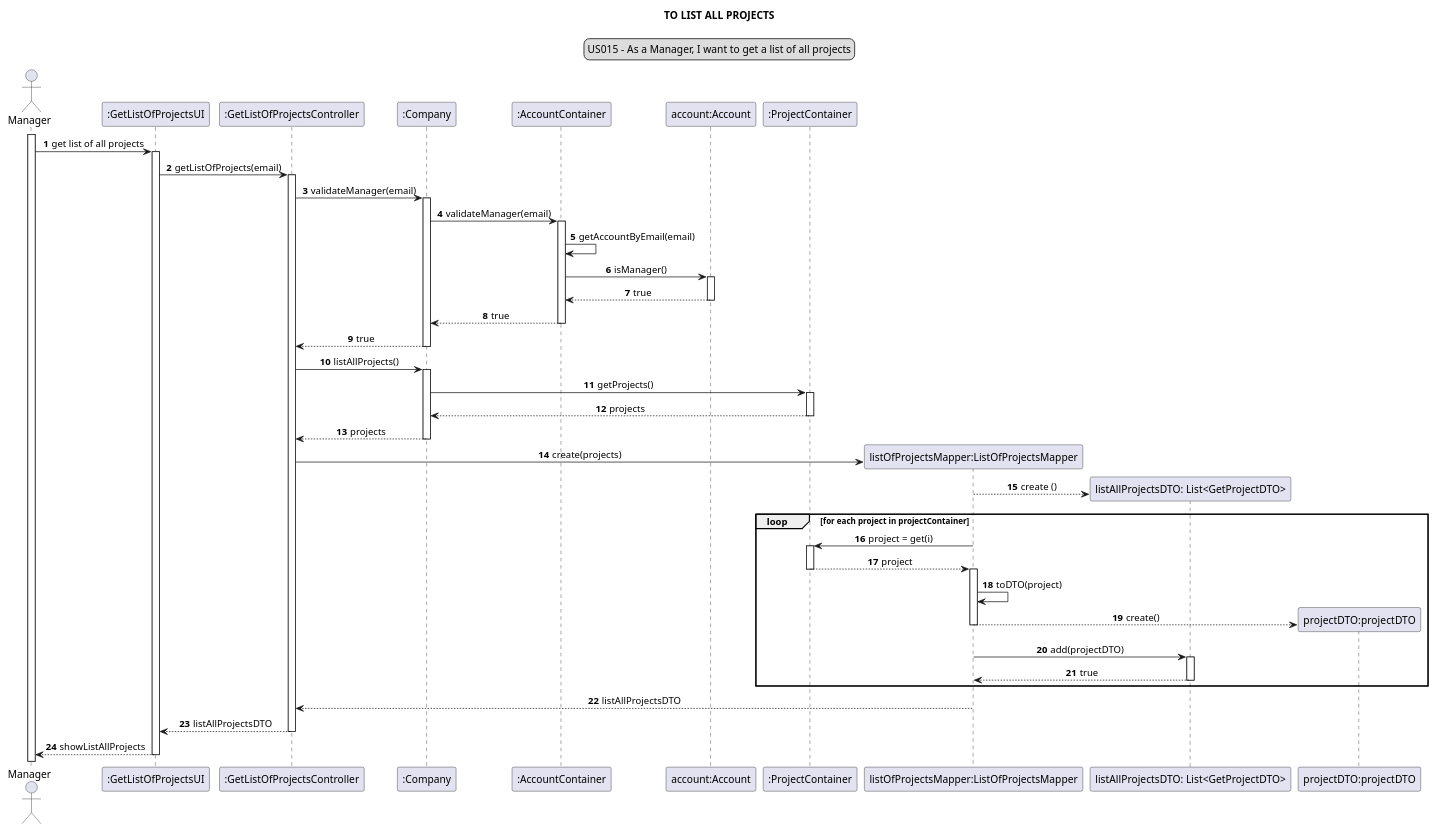
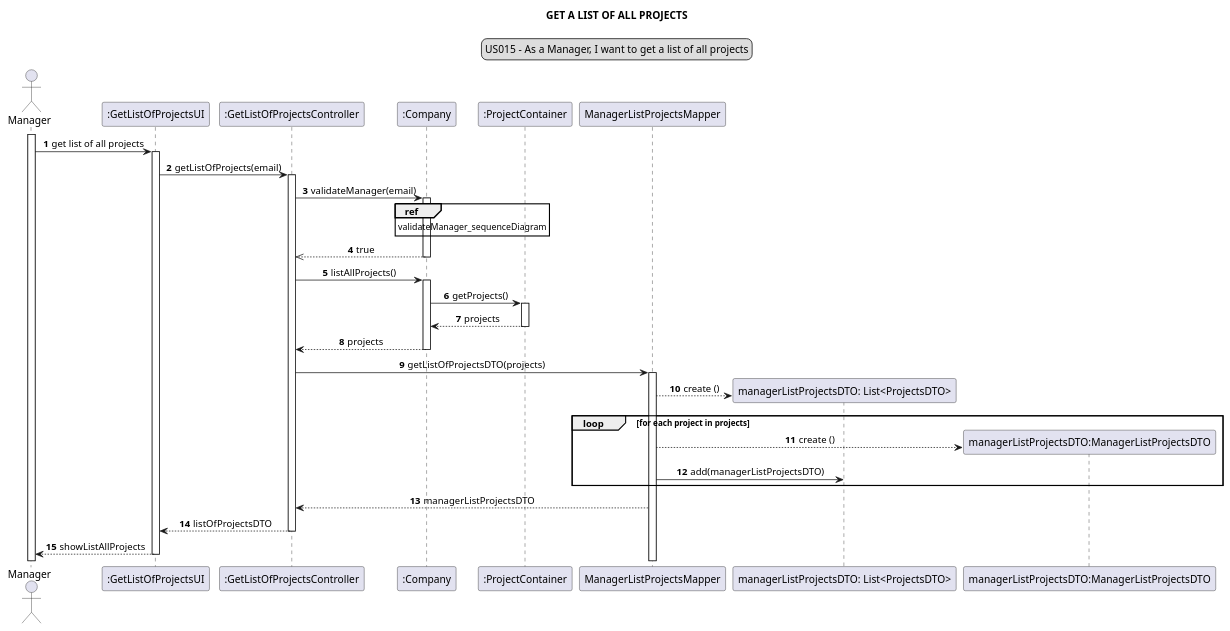
The diagram in docs/modelling_design/user_stories/sprint02/us015/US015_sequenceDiagram.puml (Loracline/project_switch_22-23), drawn with PlantUML before and after one commit. The commit also changed 4 other files, not shown here.

Commit message:
US015: Design: refinement of sequence and class diagrams. Added updated png files

```diff
--- a/docs/modelling_design/user_stories/sprint02/us015/US015_sequenceDiagram.puml
+++ b/docs/modelling_design/user_stories/sprint02/us015/US015_sequenceDiagram.puml
@@ -1,70 +1,52 @@
 @startuml
 skinparam sequenceMessageAlign center
-title TO LIST ALL PROJECTS
+title GET A LIST OF ALL PROJECTS
 legend top
 US015 - As a Manager, I want to get a list of all projects
 end legend
 autonumber
 actor Manager
 participant ":GetListOfProjectsUI" as ui
 participant ":GetListOfProjectsController" as controller
 participant ":Company" as company
-participant ":AccountContainer" as ac
-participant "account:Account" as a
 participant ":ProjectContainer" as pc
-participant "listOfProjectsMapper:ListOfProjectsMapper" as mapper
-participant "listAllProjectsDTO: List<GetProjectDTO>" as list
-participant "projectDTO:projectDTO" as DTO
+participant "ManagerListProjectsMapper" as mapper
+participant "managerListProjectsDTO: List<ProjectsDTO>" as list
+participant "managerListProjectsDTO:ManagerListProjectsDTO" as DTO
 
 activate Manager
 Manager -> ui: get list of all projects
 activate ui
 ui -> controller: getListOfProjects(email)
 activate controller
 controller -> company: validateManager(email)
 activate company
-company -> ac: validateManager(email)
-activate ac
-ac -> ac: getAccountByEmail(email)
-ac -> a: isManager()
-activate a
-a --> ac: true
-deactivate a
-ac --> company: true
-deactivate ac
-company --> controller: true
+ref over company: validateManager_sequenceDiagram
+company -->> controller: true
+deactivate company
+
+
 deactivate company
 controller -> company: listAllProjects()
 activate company
 company -> pc: getProjects()
 activate pc
 pc --> company: projects
 deactivate pc
 company --> controller: projects
 deactivate company
-create mapper
-controller -> mapper: create(projects)
+controller -> mapper: getListOfProjectsDTO(projects)
+activate mapper
 create list
 mapper --> list: create ()
-loop for each project in projectContainer
-mapper -> pc: project = get(i)
-activate pc
-pc --> mapper: project
-deactivate pc
-activate mapper
-mapper -> mapper : toDTO(project)
+loop for each project in projects
 create DTO
-mapper --> DTO : create()
-deactivate mapper
-mapper ->list :add(projectDTO)
-activate list
-list --> mapper : true
-deactivate list
+mapper --> DTO: create ()
+mapper -> list: add(managerListProjectsDTO)
 end loop
-mapper --> controller :listAllProjectsDTO
-deactivate mapper
-controller --> ui: listAllProjectsDTO
+controller <-- mapper: managerListProjectsDTO
+ui <-- controller: listOfProjectsDTO
 deactivate controller
 ui --> Manager: showListAllProjects
 deactivate ui
 @enduml
```
